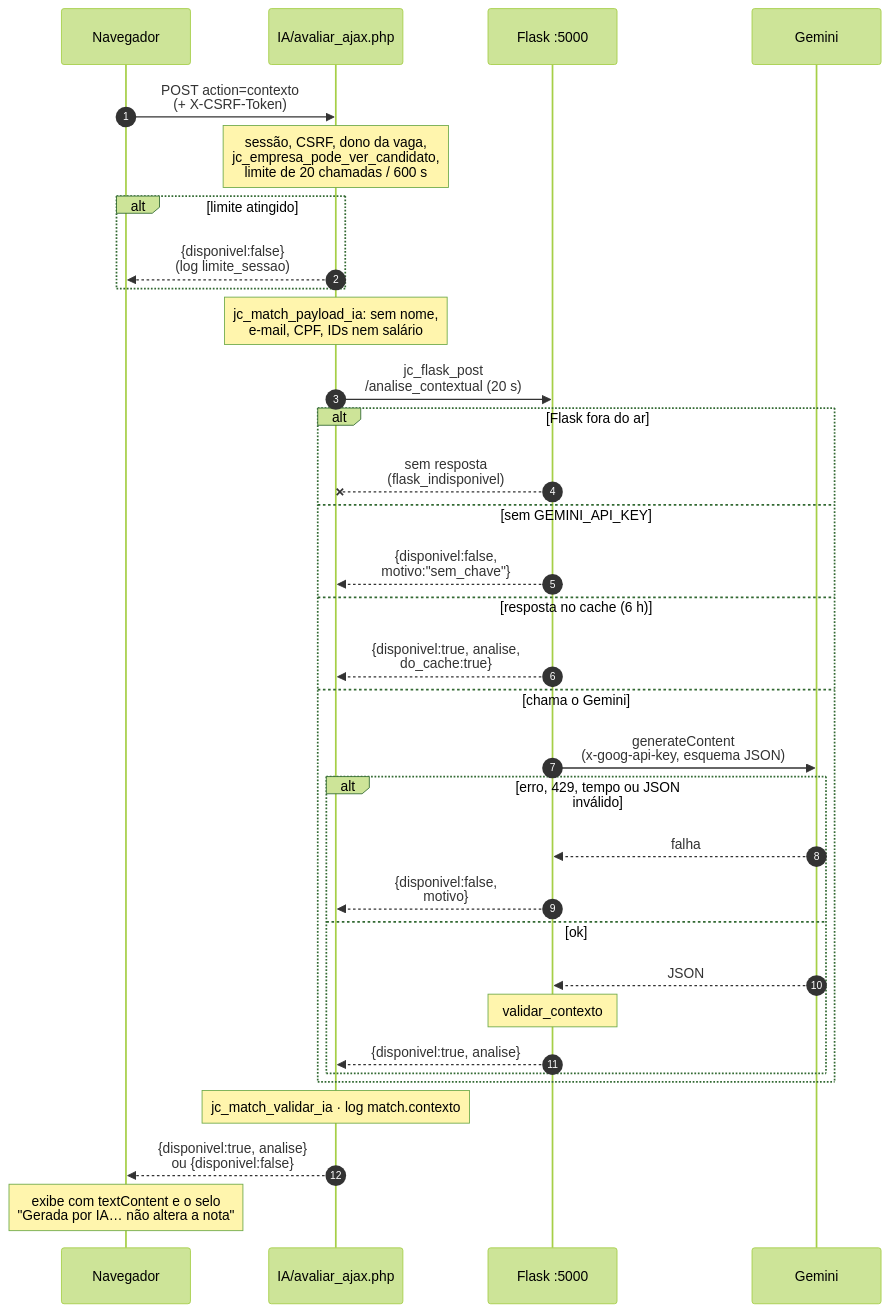
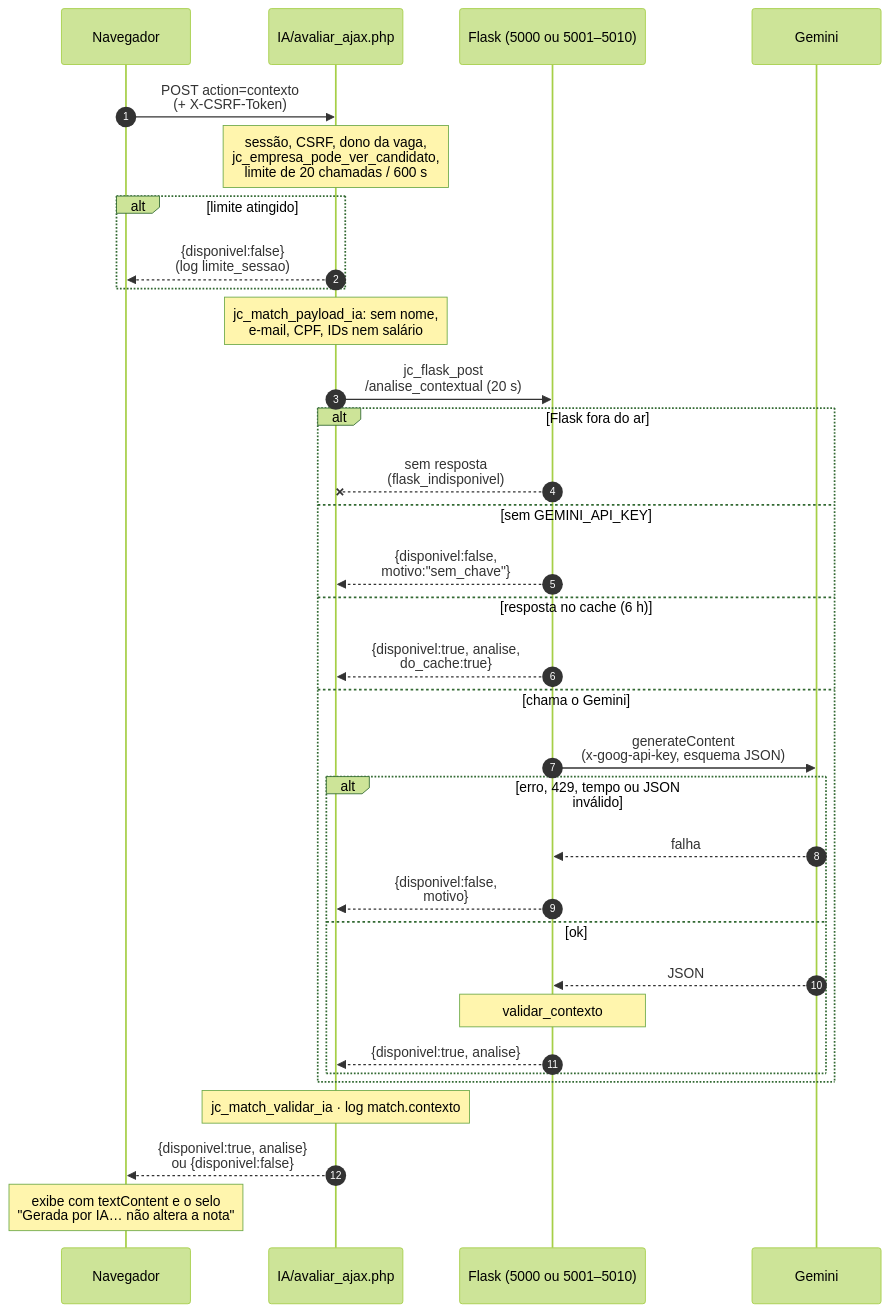
Diagram 19 of 23 in docs/FLUXOS_E_FLUXOGRAMAS.md (KingTedious/AESTUS), drawn with Mermaid (forest theme) before and after one commit. The commit also changed 15 other files, not shown here.

````diff
--- a/docs/FLUXOS_E_FLUXOGRAMAS.md
+++ b/docs/FLUXOS_E_FLUXOGRAMAS.md
@@ -680,35 +680,35 @@
 ```mermaid
 sequenceDiagram
     autonumber
     participant N as Navegador
     participant P as IA/avaliar_ajax.php
-    participant F as Flask :5000
+    participant F as Flask (5000 ou 5001–5010)
     participant G as Gemini
     N->>P: POST action=contexto<br/>(+ X-CSRF-Token)
     Note over P: sessão, CSRF, dono da vaga,<br/>jc_empresa_pode_ver_candidato,<br/>limite de 20 chamadas / 600 s
     alt limite atingido
         P-->>N: {disponivel:false}<br/>(log limite_sessao)
     end
     Note over P: jc_match_payload_ia: sem nome,<br/>e-mail, CPF, IDs nem salário
     P->>F: jc_flask_post<br/>/analise_contextual (20 s)
     alt Flask fora do ar
         F--xP: sem resposta<br/>(flask_indisponivel)
     else sem GEMINI_API_KEY
         F-->>P: {disponivel:false,<br/>motivo:"sem_chave"}
     else resposta no cache (6 h)
         F-->>P: {disponivel:true, analise,<br/>do_cache:true}
     else chama o Gemini
         F->>G: generateContent<br/>(x-goog-api-key, esquema JSON)
         alt erro, 429, tempo ou JSON inválido
             G-->>F: falha
             F-->>P: {disponivel:false,<br/>motivo}
         else ok
             G-->>F: JSON
             Note over F: validar_contexto
             F-->>P: {disponivel:true, analise}
         end
     end
     Note over P: jc_match_validar_ia · log match.contexto
     P-->>N: {disponivel:true, analise}<br/>ou {disponivel:false}
     Note over N: exibe com textContent e o selo<br/>"Gerada por IA… não altera a nota"
 ```
````
